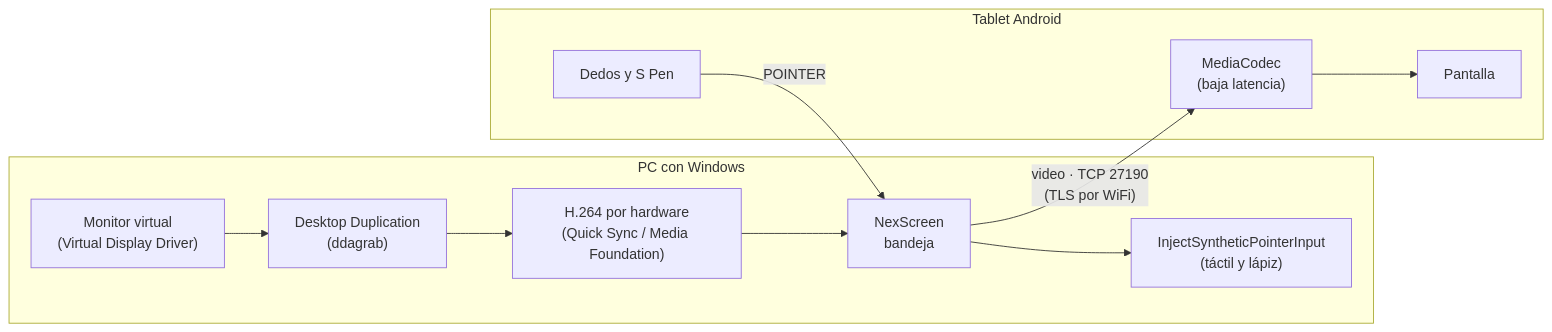
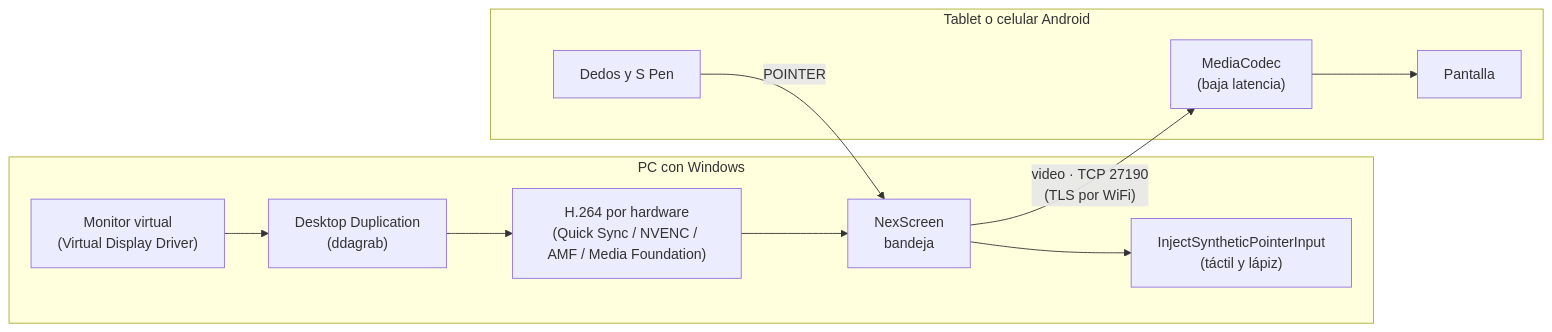
Before and after one commit to AlexPerez7/NexScreen: the diagram in README.md, drawn with Mermaid. The commit also changed other lines of this file and 24 other files, not shown here.

````diff
--- a/README.md
+++ b/README.md
@@ -112,16 +114,16 @@
 ```mermaid
 flowchart LR
     subgraph PC["PC con Windows"]
         VDD["Monitor virtual<br/>(Virtual Display Driver)"] --> CAP["Desktop Duplication<br/>(ddagrab)"]
-        CAP --> ENC["H.264 por hardware<br/>(Quick Sync / Media Foundation)"]
+        CAP --> ENC["H.264 por hardware<br/>(Quick Sync / NVENC / AMF / Media Foundation)"]
         ENC --> HOST["NexScreen<br/>bandeja"]
         INJ["InjectSyntheticPointerInput<br/>(táctil y lápiz)"]
     end
-    subgraph TAB["Tablet Android"]
+    subgraph TAB["Tablet o celular Android"]
         DEC["MediaCodec<br/>(baja latencia)"] --> VIEW["Pantalla"]
         PEN["Dedos y S Pen"]
     end
     HOST -- "video · TCP 27190<br/>(TLS por WiFi)" --> DEC
     PEN -- "POINTER" --> HOST
     HOST --> INJ
 ```
````
